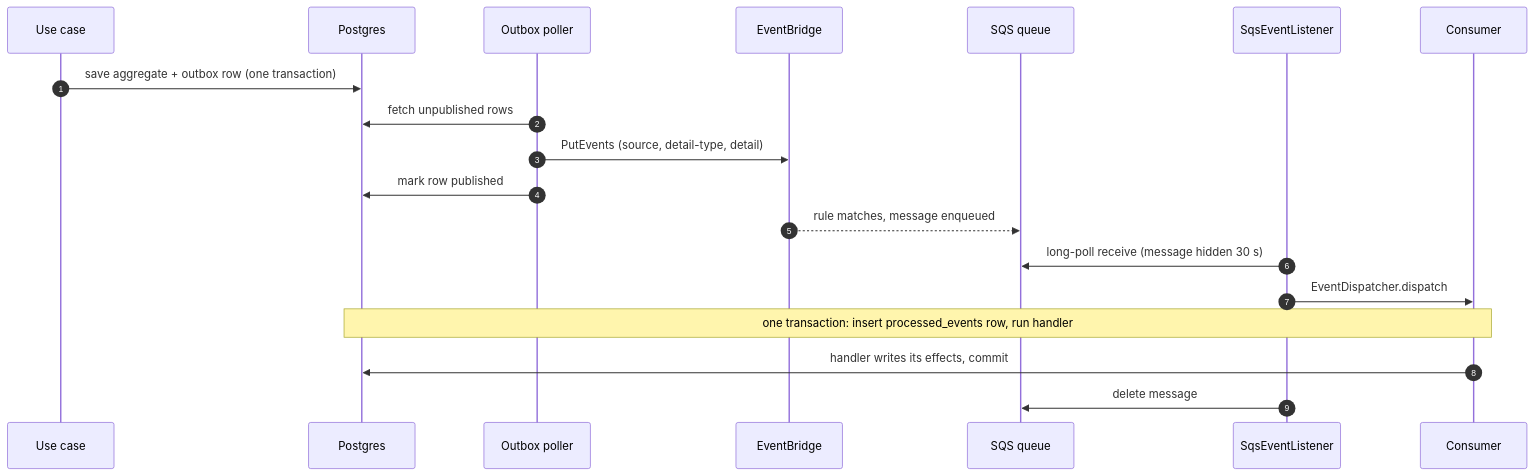
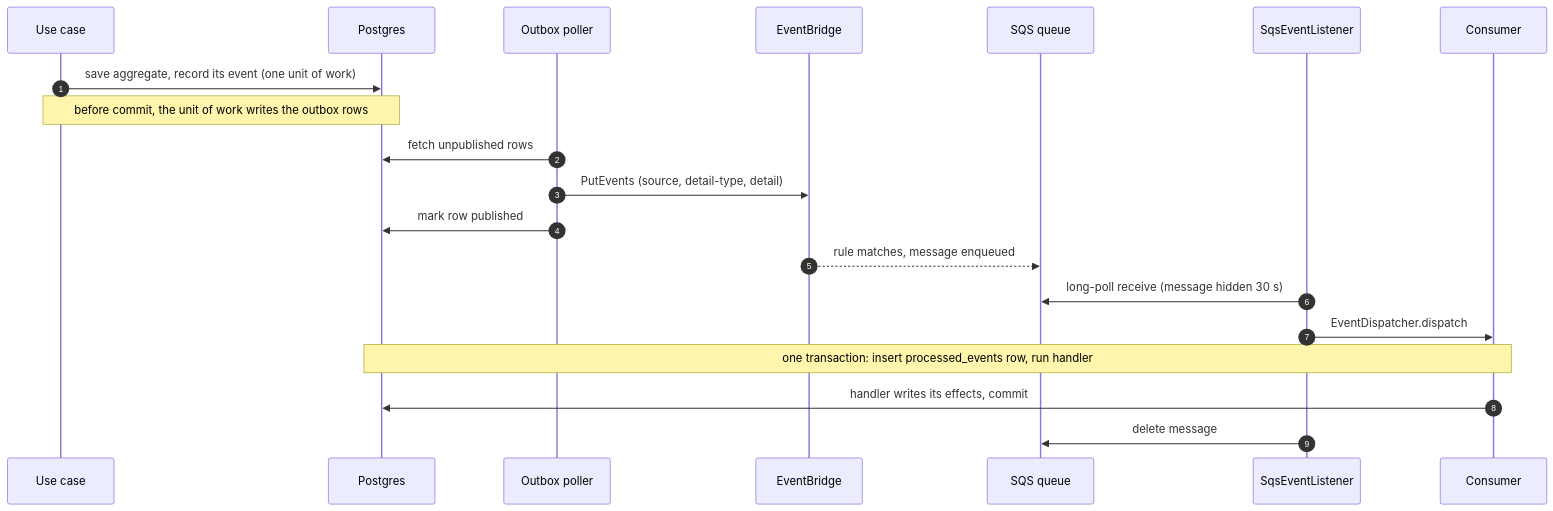
One commit to Diogo-NB/investflow changed the second of 9 diagrams in docs/architecture/event-flow.md. Above: the diagram before and after it, drawn with Mermaid. The commit also changed other lines of this file and 32 other files, not shown here.

First line of the commit message:
refactor: record domain events in the unit of work

````diff
--- a/docs/architecture/event-flow.md
+++ b/docs/architecture/event-flow.md
@@ -59,22 +61,23 @@
 ```mermaid
 sequenceDiagram
   autonumber
   participant UC as Use case
   participant DB as Postgres
   participant P as Outbox poller
   participant EB as EventBridge
   participant Q as SQS queue
   participant L as SqsEventListener
   participant C as Consumer
 
-  UC->>DB: save aggregate + outbox row (one transaction)
+  UC->>DB: save aggregate, record its event (one unit of work)
+  Note over UC,DB: before commit, the unit of work writes the outbox rows
   P->>DB: fetch unpublished rows
   P->>EB: PutEvents (source, detail-type, detail)
   P->>DB: mark row published
   EB-->>Q: rule matches, message enqueued
   L->>Q: long-poll receive (message hidden 30 s)
   L->>C: EventDispatcher.dispatch
   Note over C,DB: one transaction: insert processed_events row, run handler
   C->>DB: handler writes its effects, commit
   L->>Q: delete message
 ```
````
